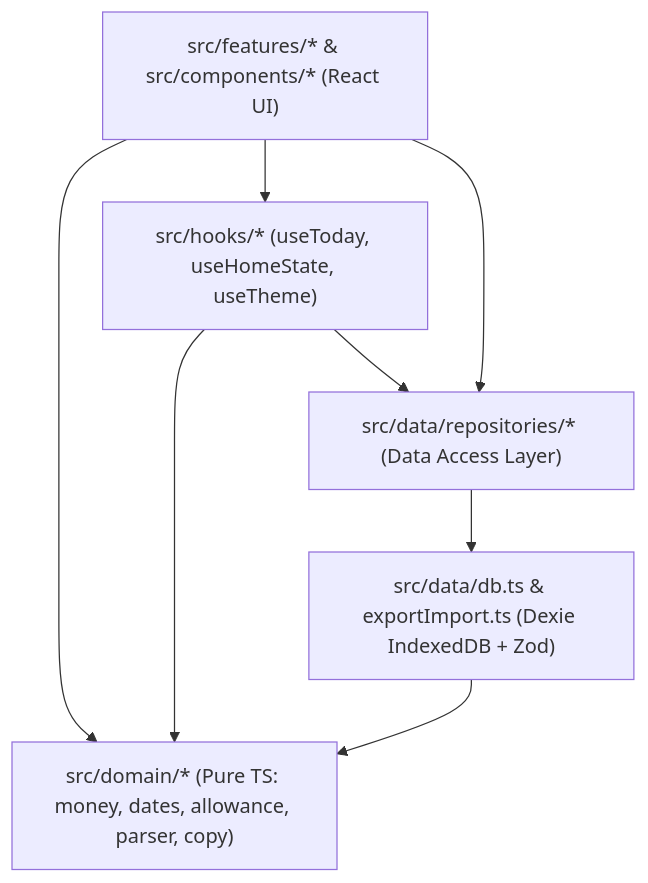
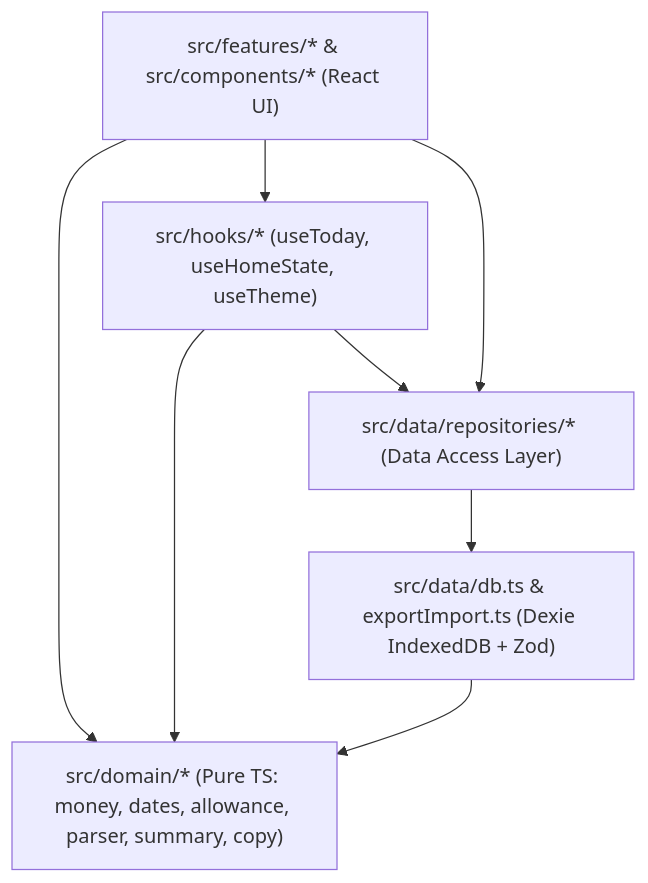
One commit to PadZz25/Tanggal-Tua changed the diagram in README.md. Above: the diagram before and after it, drawn with Mermaid. The commit also changed other lines of this file and 7 other files, not shown here.

````diff
--- a/README.md
+++ b/README.md
@@ -44,16 +54,16 @@
 ```mermaid
 flowchart TD
   UI["src/features/* & src/components/* (React UI)"]
   Hooks["src/hooks/* (useToday, useHomeState, useTheme)"]
-  Domain["src/domain/* (Pure TS: money, dates, allowance, parser, copy)"]
+  Domain["src/domain/* (Pure TS: money, dates, allowance, parser, summary, copy)"]
   Repo["src/data/repositories/* (Data Access Layer)"]
   DB["src/data/db.ts & exportImport.ts (Dexie IndexedDB + Zod)"]
 
   UI --> Hooks
   UI --> Domain
   Hooks --> Domain
   Hooks --> Repo
   UI --> Repo
   Repo --> DB
   DB --> Domain
 ```
````
